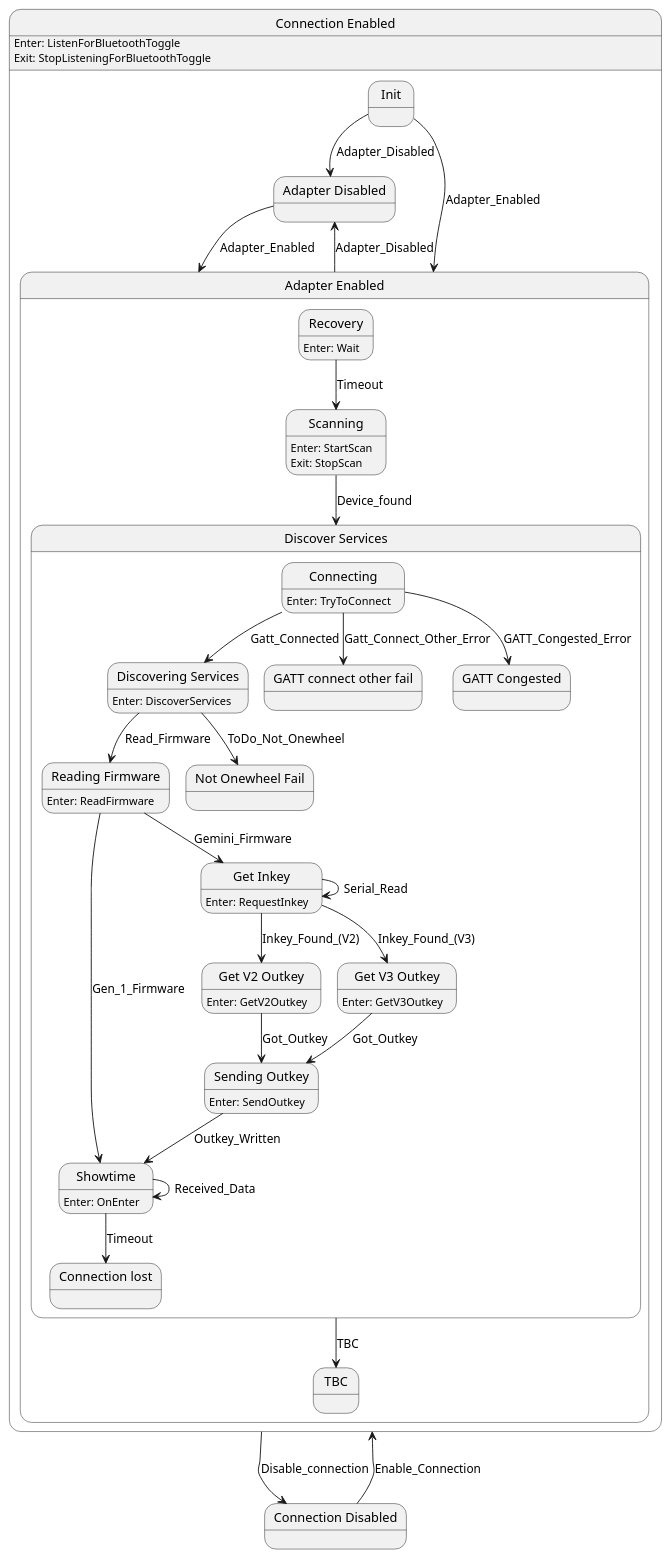
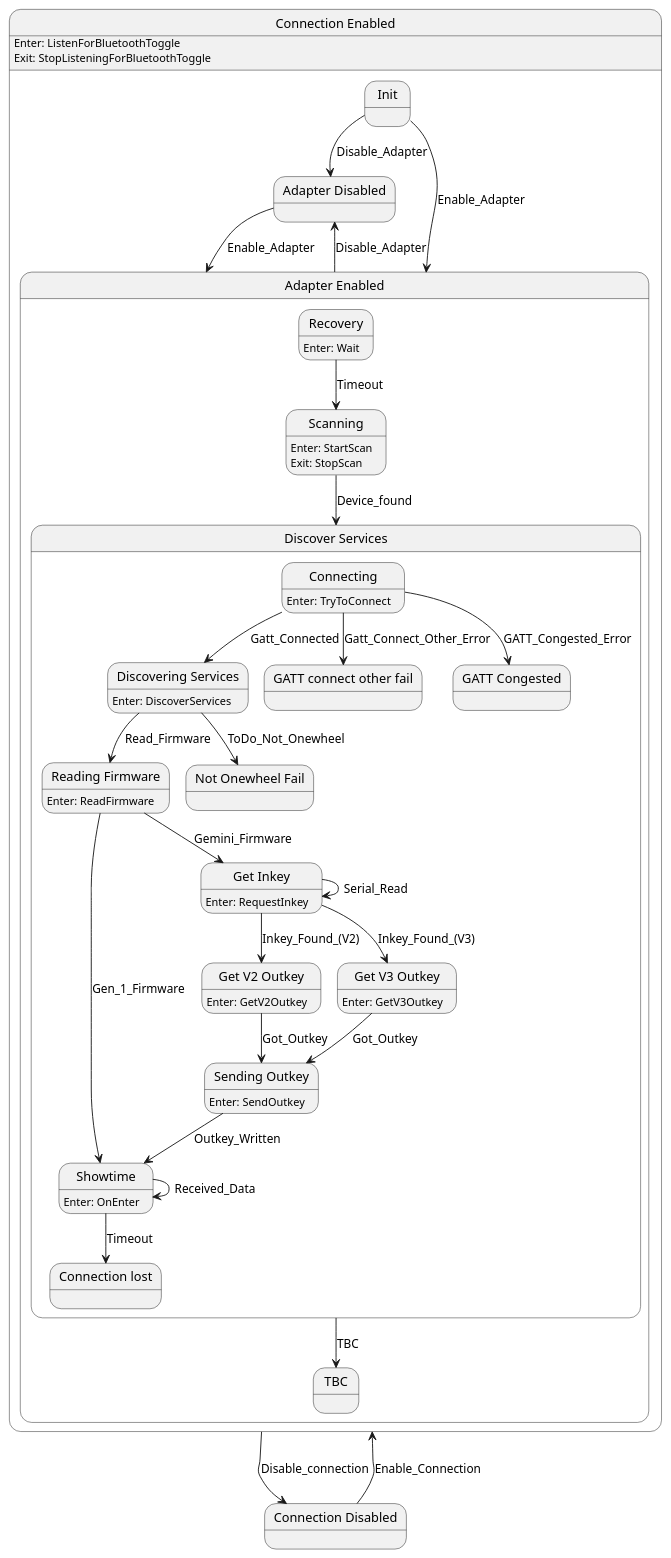
One commit to tekkies/android-ponewheel changed the diagram in doc/ponewheel-state.plantuml. Above: the diagram before and after it, drawn with PlantUML. The commit also changed 2 other files, not shown here.

Commit message:
Update diagrams

```diff
--- a/doc/ponewheel-state.plantuml
+++ b/doc/ponewheel-state.plantuml
@@ -1,80 +1,80 @@
 @startuml
 state "Connection Enabled" as Connection_Enabled  {
     state "Adapter Disabled" as Adapter_Disabled  {
     }
     state "Adapter Enabled" as Adapter_Enabled  {
         state "Discover Services" as Discover_Services  {
             state "Discovering Services" as Discovering_Services  {
 Discovering_Services : Enter: DiscoverServices
             }
             state "Reading Firmware" as Reading_Firmware  {
 Reading_Firmware : Enter: ReadFirmware
             }
             state "Showtime" as Showtime  {
 Showtime : Enter: OnEnter
             }
             state "Get Inkey" as Get_Inkey  {
 Get_Inkey : Enter: RequestInkey
             }
             state "Get V2 Outkey" as Get_V2_Outkey  {
 Get_V2_Outkey : Enter: GetV2Outkey
             }
             state "Get V3 Outkey" as Get_V3_Outkey  {
 Get_V3_Outkey : Enter: GetV3Outkey
             }
             state "Sending Outkey" as Sending_Outkey  {
 Sending_Outkey : Enter: SendOutkey
             }
             state "GATT connect other fail" as GATT_connect_other_fail  {
             }
             state "GATT Congested" as GATT_Congested  {
             }
             state "Not Onewheel Fail" as Not_Onewheel_Fail  {
             }
             state "Connection lost" as Connection_lost  {
             }
             state "Connecting" as Connecting  {
 Connecting : Enter: TryToConnect
             }
         }
         state "Recovery" as Recovery  {
 Recovery : Enter: Wait
         }
         state "TBC" as TBC  {
         }
         state "Scanning" as Scanning  {
 Scanning : Enter: StartScan\nExit: StopScan
         }
     }
     state "Init" as Init  {
     }
 Connection_Enabled : Enter: ListenForBluetoothToggle\nExit: StopListeningForBluetoothToggle
 }
 state "Connection Disabled" as Connection_Disabled  {
 }
-Adapter_Disabled --> Adapter_Enabled : Adapter_Enabled
+Adapter_Disabled --> Adapter_Enabled : Enable_Adapter
 Discovering_Services --> Not_Onewheel_Fail : ToDo_Not_Onewheel
 Discovering_Services --> Reading_Firmware : Read_Firmware
 Reading_Firmware --> Showtime : Gen_1_Firmware
 Reading_Firmware --> Get_Inkey : Gemini_Firmware
 Showtime --> Showtime : Received_Data
 Showtime --> Connection_lost : Timeout
 Get_Inkey --> Get_Inkey : Serial_Read
 Get_Inkey --> Get_V2_Outkey : Inkey_Found_(V2)
 Get_Inkey --> Get_V3_Outkey : Inkey_Found_(V3)
 Get_V2_Outkey --> Sending_Outkey : Got_Outkey
 Get_V3_Outkey --> Sending_Outkey : Got_Outkey
 Sending_Outkey --> Showtime : Outkey_Written
 Connecting --> Discovering_Services : Gatt_Connected
 Connecting --> GATT_connect_other_fail : Gatt_Connect_Other_Error
 Connecting --> GATT_Congested : GATT_Congested_Error
 Discover_Services --> TBC : TBC
 Recovery --> Scanning : Timeout
 Scanning --> Discover_Services : Device_found
-Adapter_Enabled --> Adapter_Disabled : Adapter_Disabled
-Init --> Adapter_Enabled : Adapter_Enabled
-Init --> Adapter_Disabled : Adapter_Disabled
+Adapter_Enabled --> Adapter_Disabled : Disable_Adapter
+Init --> Adapter_Enabled : Enable_Adapter
+Init --> Adapter_Disabled : Disable_Adapter
 Connection_Enabled --> Connection_Disabled : Disable_connection
 Connection_Disabled --> Connection_Enabled : Enable_Connection
  
 @enduml
```
